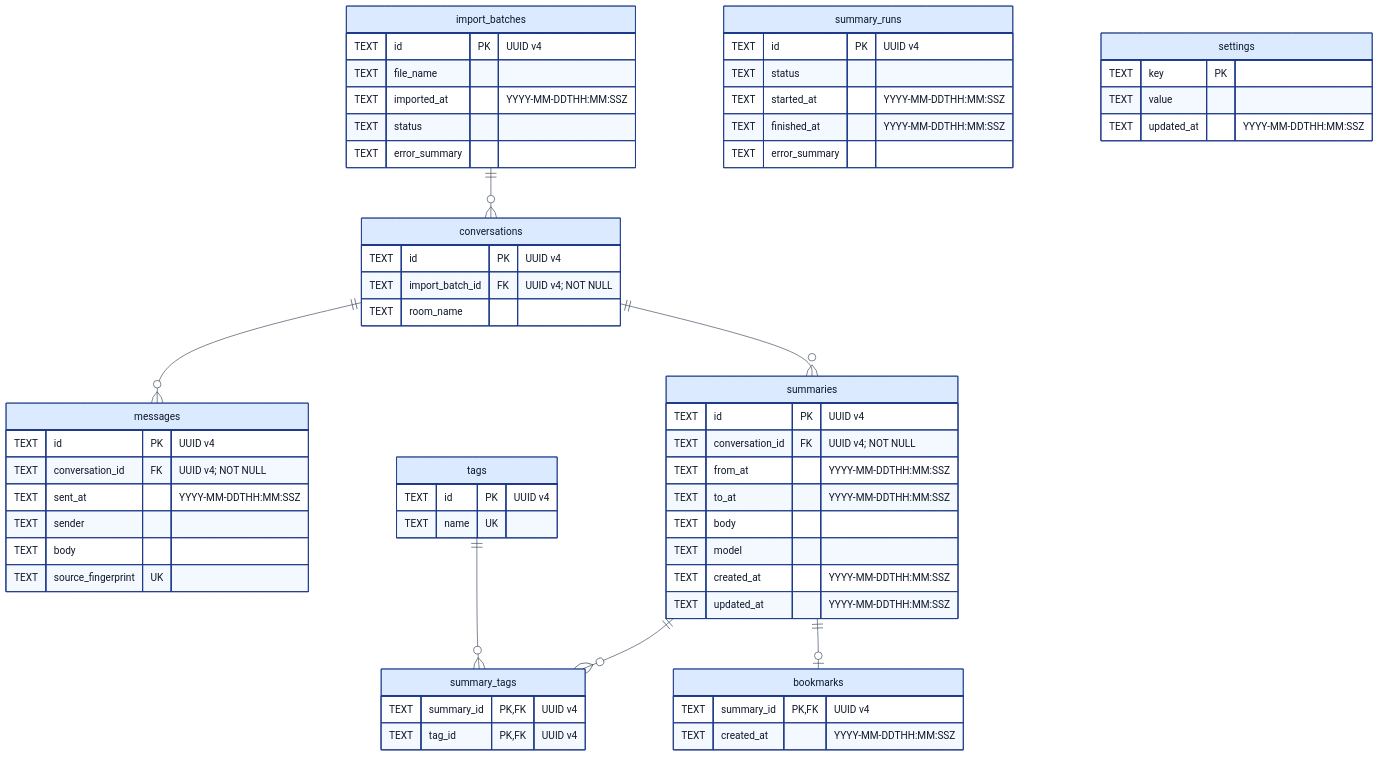
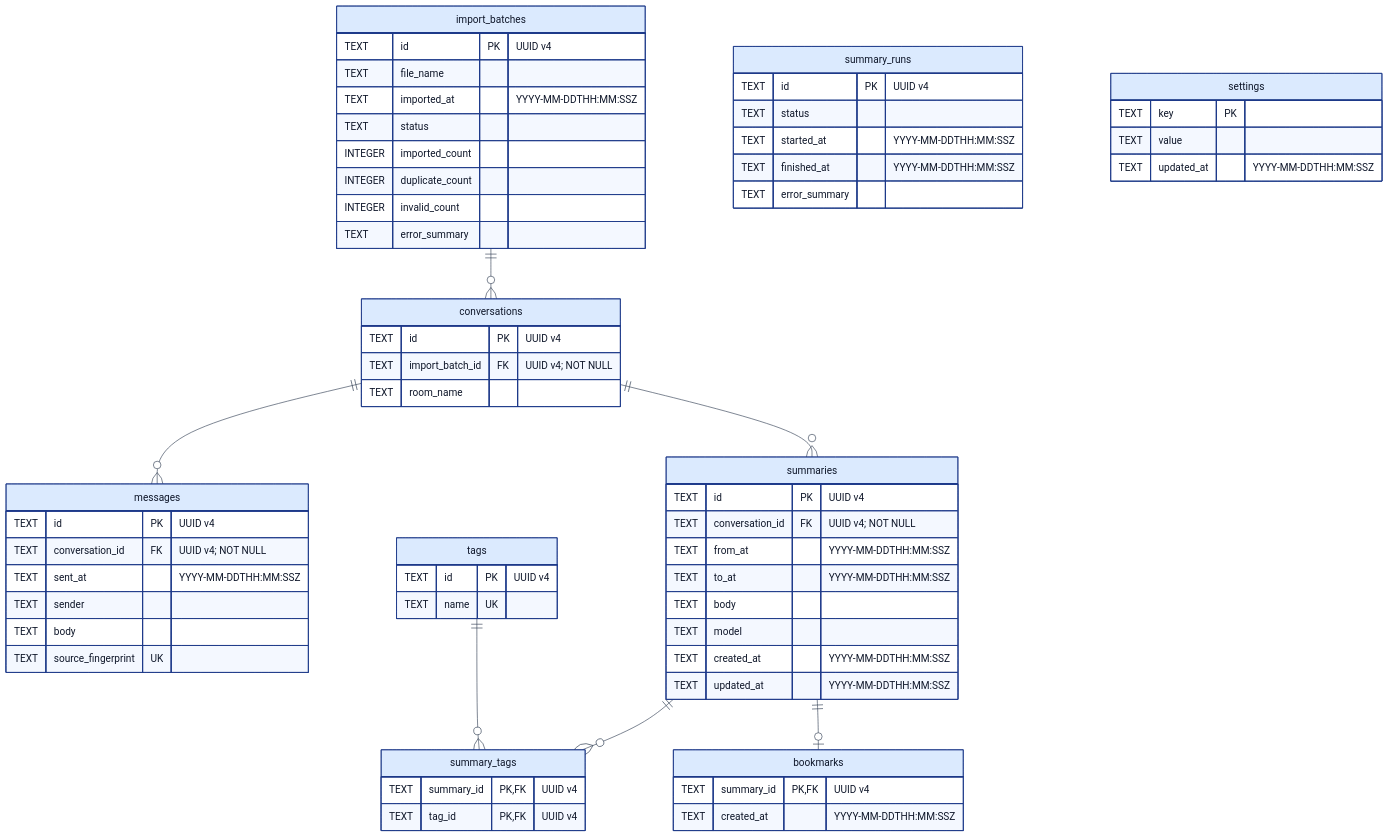
Before and after one commit to syachiku-kun/tech-chat-notes: the second of 4 diagrams in docs/specifications/DB仕様書.md, drawn with Mermaid. The commit also changed other lines of this file, not shown here.

````diff
--- a/docs/specifications/DB仕様書.md
+++ b/docs/specifications/DB仕様書.md
@@ -80,66 +136,69 @@
 ```mermaid
 %%{init: {"theme": "base", "themeVariables": {"primaryColor": "#DBEAFE", "primaryTextColor": "#0F172A", "primaryBorderColor": "#1E3A8A", "lineColor": "#334155", "textColor": "#0F172A"}, "er": {"fill": "#DBEAFE", "stroke": "#1E3A8A", "fontSize": 20}}}%%
 erDiagram
     direction TB
     import_batches ||--o{ conversations : ""
     conversations ||--o{ messages : ""
     conversations ||--o{ summaries : ""
     summaries ||--o{ summary_tags : ""
     tags ||--o{ summary_tags : ""
     summaries ||--o| bookmarks : ""
 
     import_batches {
         TEXT id PK "UUID v4"
         TEXT file_name
         TEXT imported_at "YYYY-MM-DDTHH:MM:SSZ"
         TEXT status
+        INTEGER imported_count
+        INTEGER duplicate_count
+        INTEGER invalid_count
         TEXT error_summary
     }
     conversations {
         TEXT id PK "UUID v4"
         TEXT import_batch_id FK "UUID v4; NOT NULL"
         TEXT room_name
     }
     messages {
         TEXT id PK "UUID v4"
         TEXT conversation_id FK "UUID v4; NOT NULL"
         TEXT sent_at "YYYY-MM-DDTHH:MM:SSZ"
         TEXT sender
         TEXT body
         TEXT source_fingerprint UK
     }
     summaries {
         TEXT id PK "UUID v4"
         TEXT conversation_id FK "UUID v4; NOT NULL"
         TEXT from_at "YYYY-MM-DDTHH:MM:SSZ"
         TEXT to_at "YYYY-MM-DDTHH:MM:SSZ"
         TEXT body
         TEXT model
         TEXT created_at "YYYY-MM-DDTHH:MM:SSZ"
         TEXT updated_at "YYYY-MM-DDTHH:MM:SSZ"
     }
     tags {
         TEXT id PK "UUID v4"
         TEXT name UK
     }
     summary_tags {
         TEXT summary_id PK,FK "UUID v4"
         TEXT tag_id PK,FK "UUID v4"
     }
     bookmarks {
         TEXT summary_id PK,FK "UUID v4"
         TEXT created_at "YYYY-MM-DDTHH:MM:SSZ"
     }
     summary_runs {
         TEXT id PK "UUID v4"
         TEXT status
         TEXT started_at "YYYY-MM-DDTHH:MM:SSZ"
         TEXT finished_at "YYYY-MM-DDTHH:MM:SSZ"
         TEXT error_summary
     }
     settings {
         TEXT key PK
         TEXT value
         TEXT updated_at "YYYY-MM-DDTHH:MM:SSZ"
     }
 ```
````
